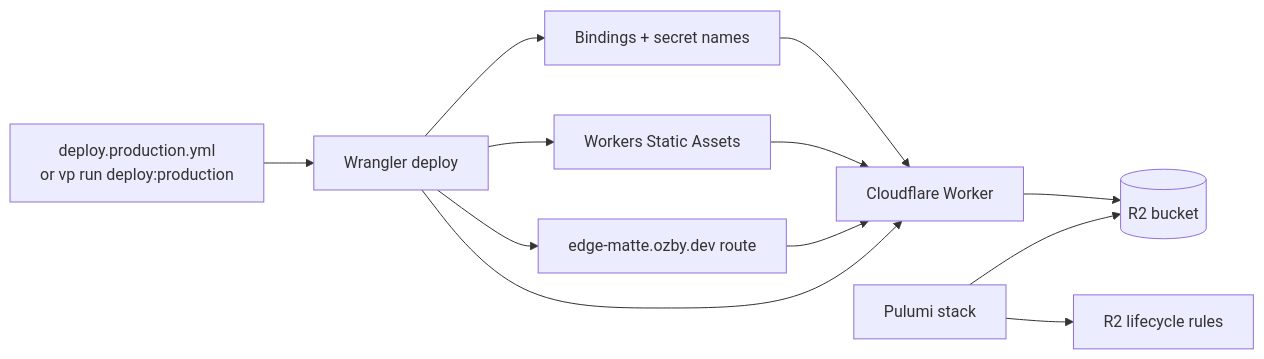
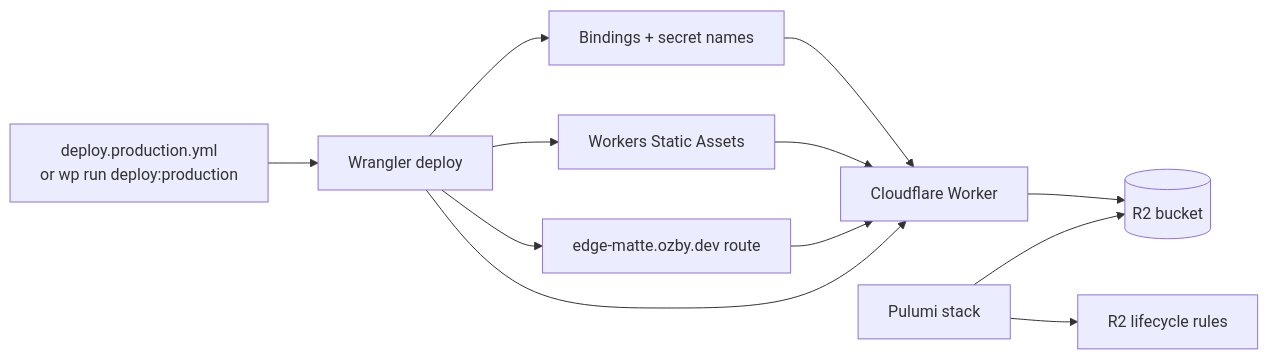
The diagram in infra/README.md (ozby/edge-matte), drawn with Mermaid before and after one commit. The commit also changed other lines of this file and 13 other files, not shown here.

````diff
--- a/infra/README.md
+++ b/infra/README.md
@@ -14,17 +14,17 @@
 ```mermaid
 flowchart LR
-    CI[deploy.production.yml<br/>or vp run deploy:production] --> WRANGLER[Wrangler deploy]
+    CI[deploy.production.yml<br/>or wp run deploy:production] --> WRANGLER[Wrangler deploy]
 
     PULUMI[Pulumi stack] --> R2[(R2 bucket)]
     PULUMI --> LIFE[R2 lifecycle rules]
 
     WRANGLER --> ROUTE[edge-matte.ozby.dev route]
     WRANGLER --> WORKER[Cloudflare Worker]
     WRANGLER --> ASSETS[Workers Static Assets]
     WRANGLER --> BINDINGS[Bindings + secret names]
 
     ROUTE --> WORKER
     ASSETS --> WORKER
     BINDINGS --> WORKER
     WORKER --> R2
 ```
````
